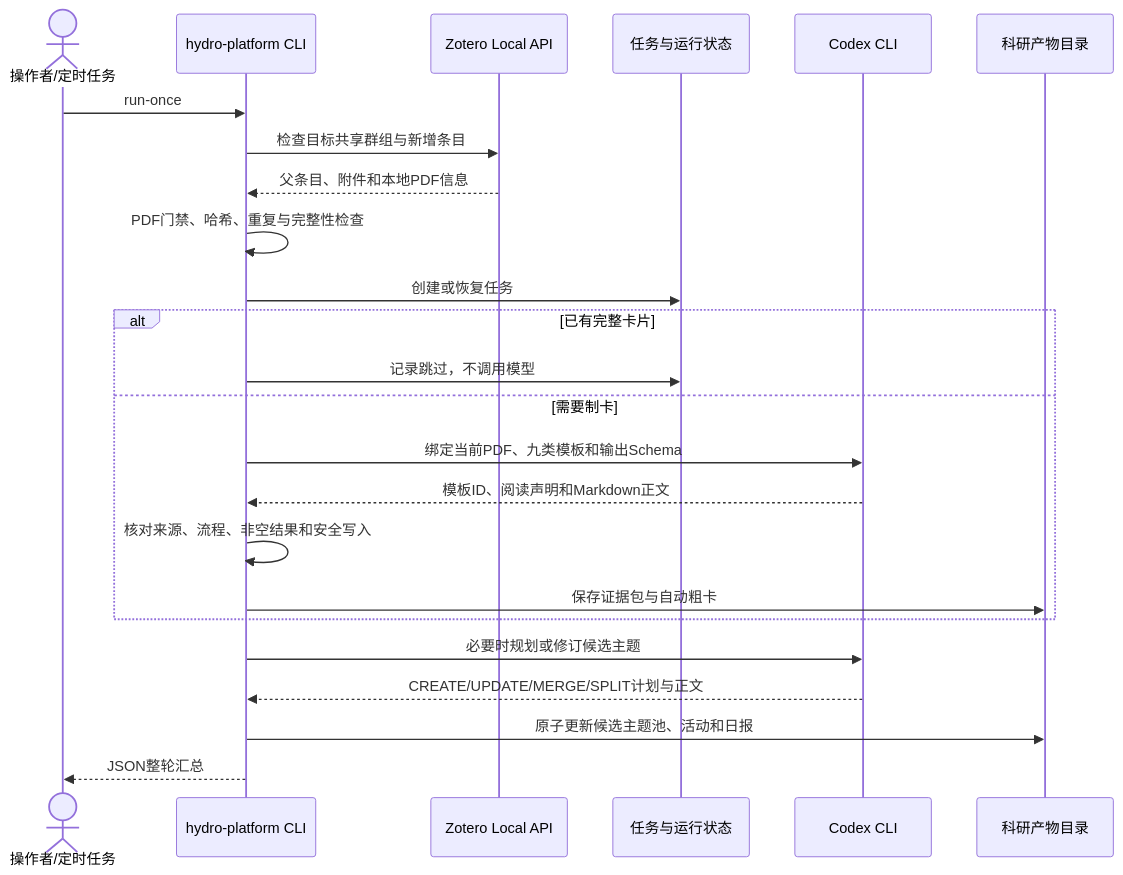
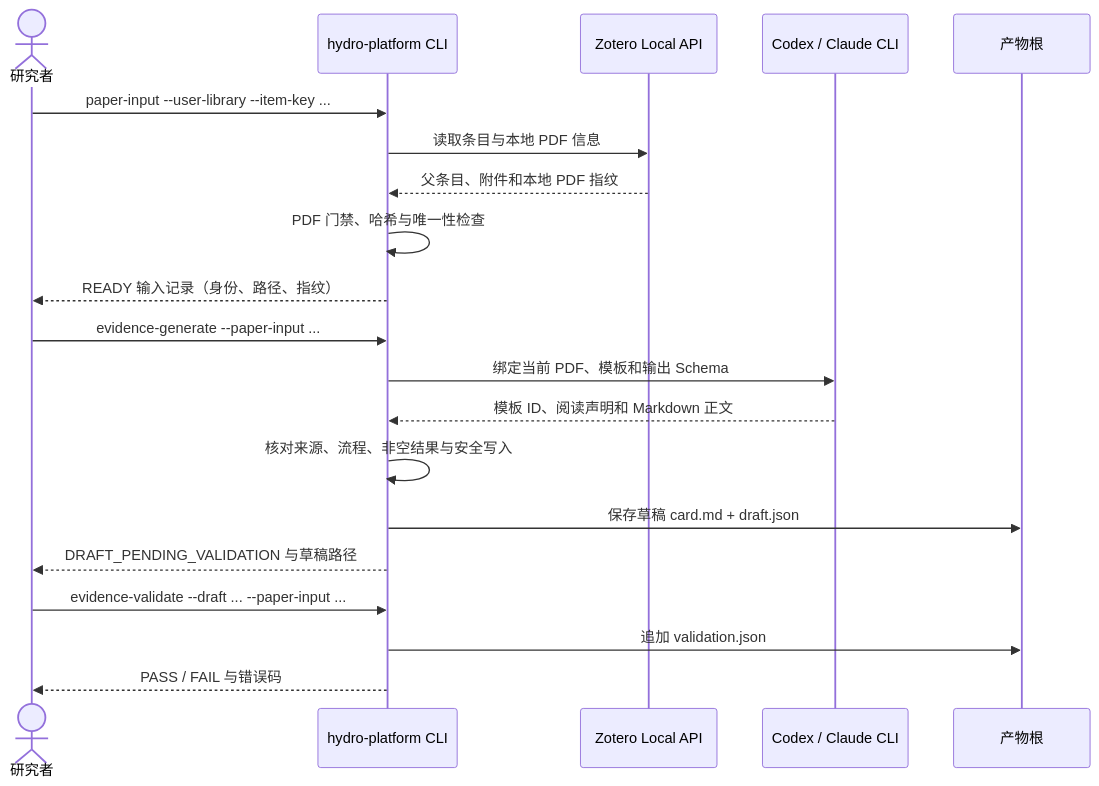
Before and after one commit to iHeadWater/mylibrary: the first of 2 diagrams in docs/hydro-platform/flows.md, drawn with Mermaid. The commit also changed other lines of this file and 32 other files, not shown here.

````diff
--- a/docs/hydro-platform/flows.md
+++ b/docs/hydro-platform/flows.md
@@ -7,27 +7,23 @@
 ```mermaid
 sequenceDiagram
-    actor Operator as 操作者/定时任务
+    actor User as 研究者
     participant CLI as hydro-platform CLI
     participant Zotero as Zotero Local API
-    participant Store as 任务与运行状态
-    participant Codex as Codex CLI
-    participant Artifacts as 科研产物目录
+    participant Model as Codex / Claude CLI
+    participant Artifacts as 产物根
 
-    Operator->>CLI: run-once
-    CLI->>Zotero: 检查目标共享群组与新增条目
-    Zotero-->>CLI: 父条目、附件和本地PDF信息
-    CLI->>CLI: PDF门禁、哈希、重复与完整性检查
-    CLI->>Store: 创建或恢复任务
-    alt 已有完整卡片
-        CLI->>Store: 记录跳过，不调用模型
-    else 需要制卡
-        CLI->>Codex: 绑定当前PDF、九类模板和输出Schema
-        Codex-->>CLI: 模板ID、阅读声明和Markdown正文
-        CLI->>CLI: 核对来源、流程、非空结果和安全写入
-        CLI->>Artifacts: 保存证据包与自动粗卡
-    end
-    CLI->>Codex: 必要时规划或修订候选主题
-    Codex-->>CLI: CREATE/UPDATE/MERGE/SPLIT计划与正文
-    CLI->>Artifacts: 原子更新候选主题池、活动和日报
-    CLI-->>Operator: JSON整轮汇总
+    User->>CLI: paper-input --user-library --item-key ...
+    CLI->>Zotero: 读取条目与本地 PDF 信息
+    Zotero-->>CLI: 父条目、附件和本地 PDF 指纹
+    CLI->>CLI: PDF 门禁、哈希与唯一性检查
+    CLI-->>User: READY 输入记录（身份、路径、指纹）
+    User->>CLI: evidence-generate --paper-input ...
+    CLI->>Model: 绑定当前 PDF、模板和输出 Schema
+    Model-->>CLI: 模板 ID、阅读声明和 Markdown 正文
+    CLI->>CLI: 核对来源、流程、非空结果与安全写入
+    CLI->>Artifacts: 保存草稿 card.md + draft.json
+    CLI-->>User: DRAFT_PENDING_VALIDATION 与草稿路径
+    User->>CLI: evidence-validate --draft ... --paper-input ...
+    CLI->>Artifacts: 追加 validation.json
+    CLI-->>User: PASS / FAIL 与错误码
 ```
````
